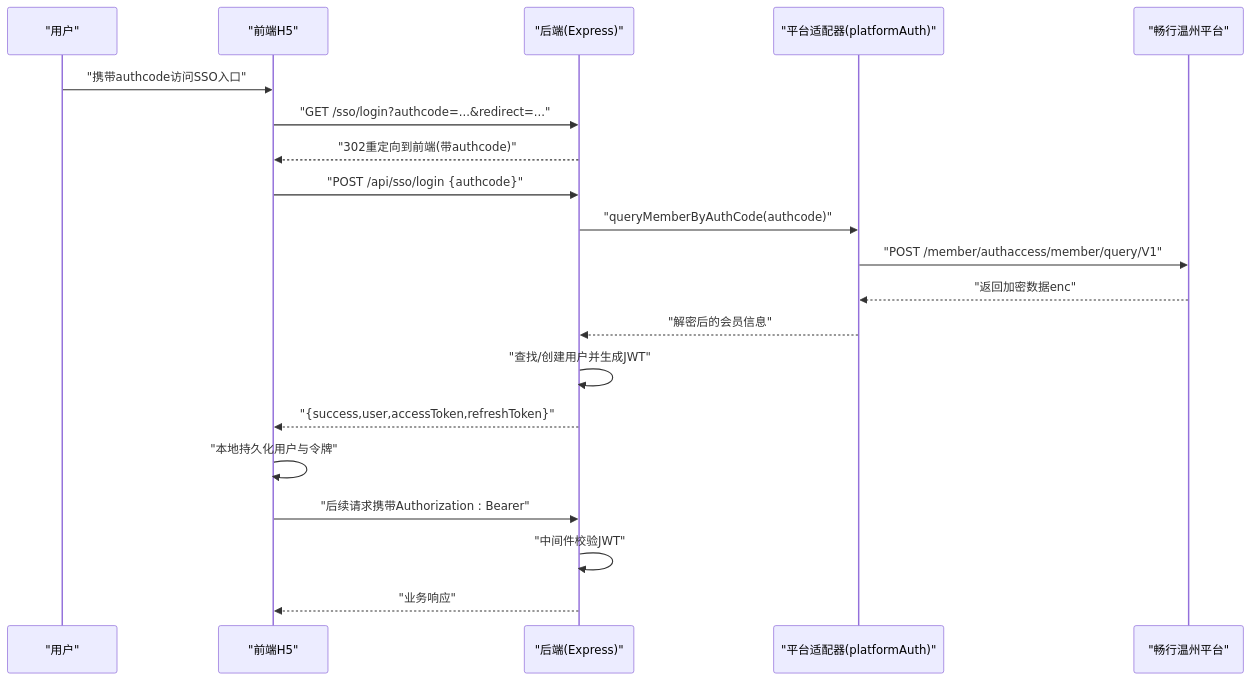
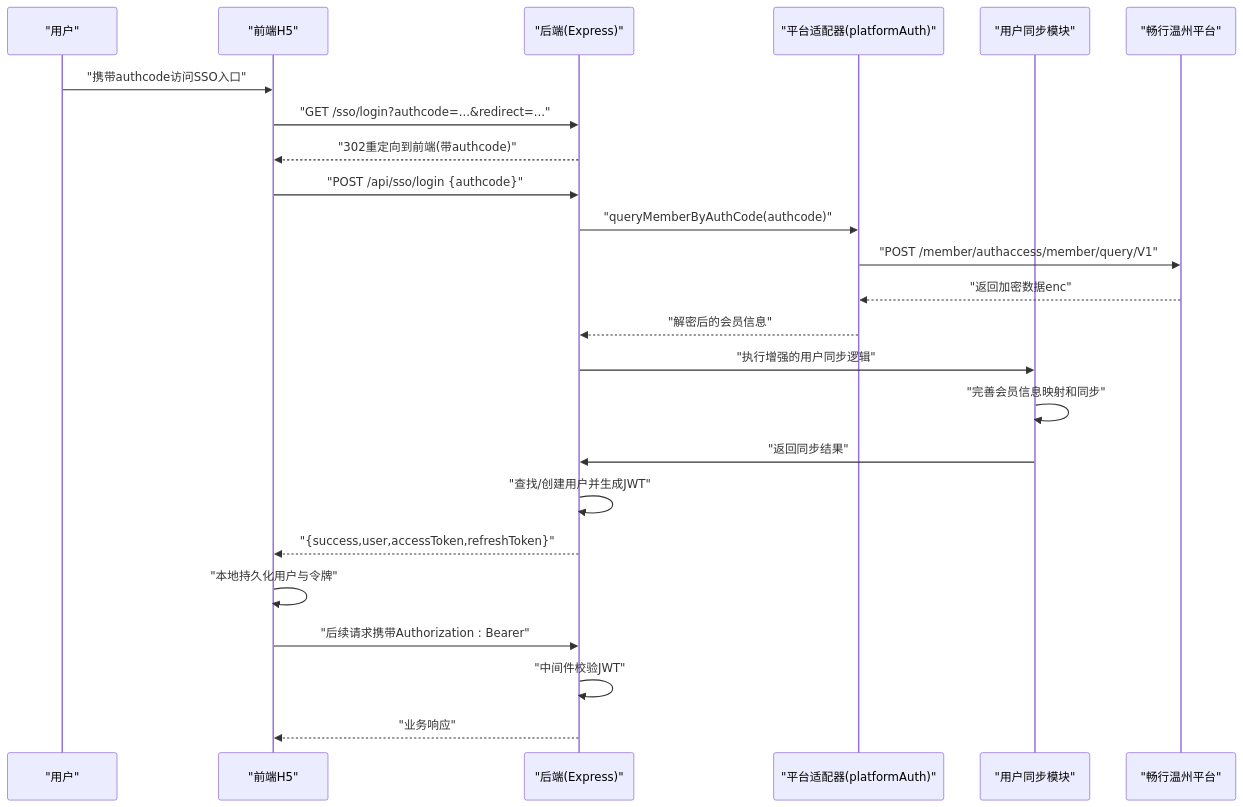
One commit to Giraffe-Han/microAPP changed the second of 9 diagrams in .qoder/repowiki/zh/content/后端服务架构/认证与授权系统/单点登录(SSO)集成.md. Above: the diagram before and after it, drawn with Mermaid. The commit also changed other lines of this file and 42 other files, not shown here.

````diff
--- a/.qoder/repowiki/zh/content/后端服务架构/认证与授权系统/单点登录(SSO)集成.md
+++ b/.qoder/repowiki/zh/content/后端服务架构/认证与授权系统/单点登录(SSO)集成.md
@@ -116,22 +120,26 @@
 ```mermaid
 sequenceDiagram
 participant U as "用户"
 participant FE as "前端H5"
 participant BE as "后端(Express)"
 participant PA as "平台适配器(platformAuth)"
+participant US as "用户同步模块"
 participant WX as "畅行温州平台"
 U->>FE : "携带authcode访问SSO入口"
 FE->>BE : "GET /sso/login?authcode=...&redirect=..."
 BE-->>FE : "302重定向到前端(带authcode)"
 FE->>BE : "POST /api/sso/login {authcode}"
 BE->>PA : "queryMemberByAuthCode(authcode)"
 PA->>WX : "POST /member/authaccess/member/query/V1"
 WX-->>PA : "返回加密数据enc"
 PA-->>BE : "解密后的会员信息"
+BE->>US : "执行增强的用户同步逻辑"
+US->>US : "完善会员信息映射和同步"
+US->>BE : "返回同步结果"
 BE->>BE : "查找/创建用户并生成JWT"
 BE-->>FE : "{success,user,accessToken,refreshToken}"
 FE->>FE : "本地持久化用户与令牌"
 FE->>BE : "后续请求携带Authorization : Bearer"
 BE->>BE : "中间件校验JWT"
 BE-->>FE : "业务响应"
 ```
````
